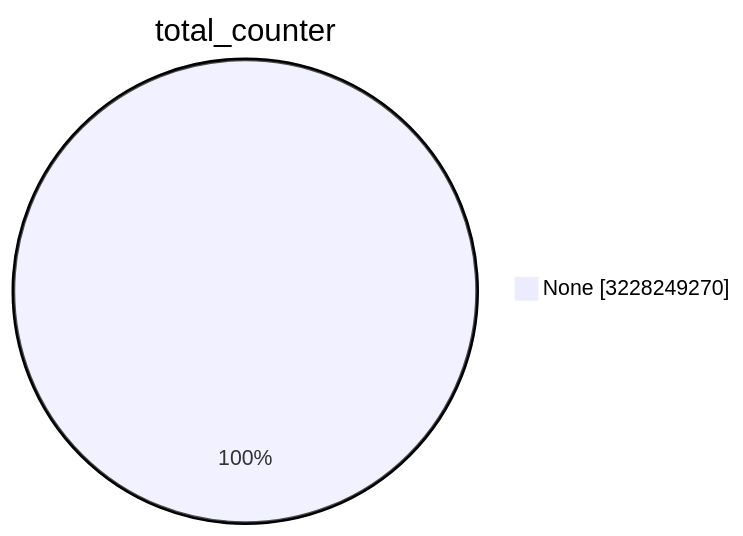
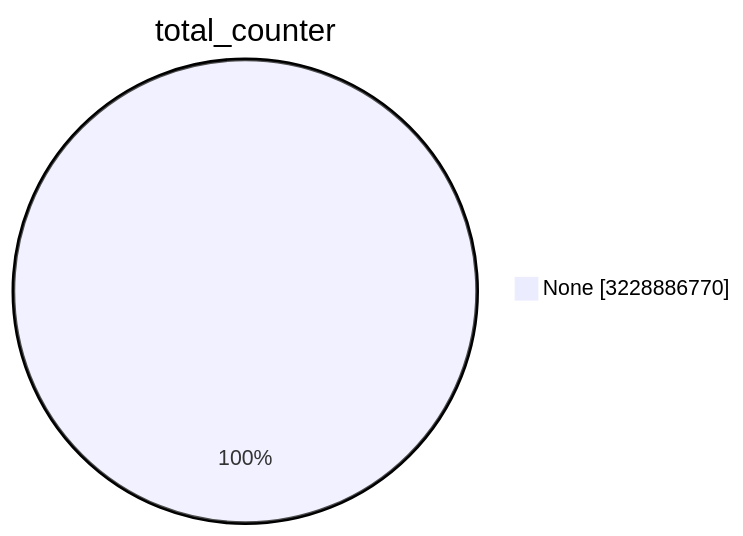
The first of 15 diagrams in TOTAL/README.md (christiankrug/ctmonitor_visualization), drawn with Mermaid before and after one commit. The commit also changed other lines of this file, not shown here.

````diff
--- a/TOTAL/README.md
+++ b/TOTAL/README.md
@@ -1,5 +1,5 @@
 ```mermaid
 pie showData
 title total_counter
-"None" :3228249270
+"None" :3228886770
 ```
````
